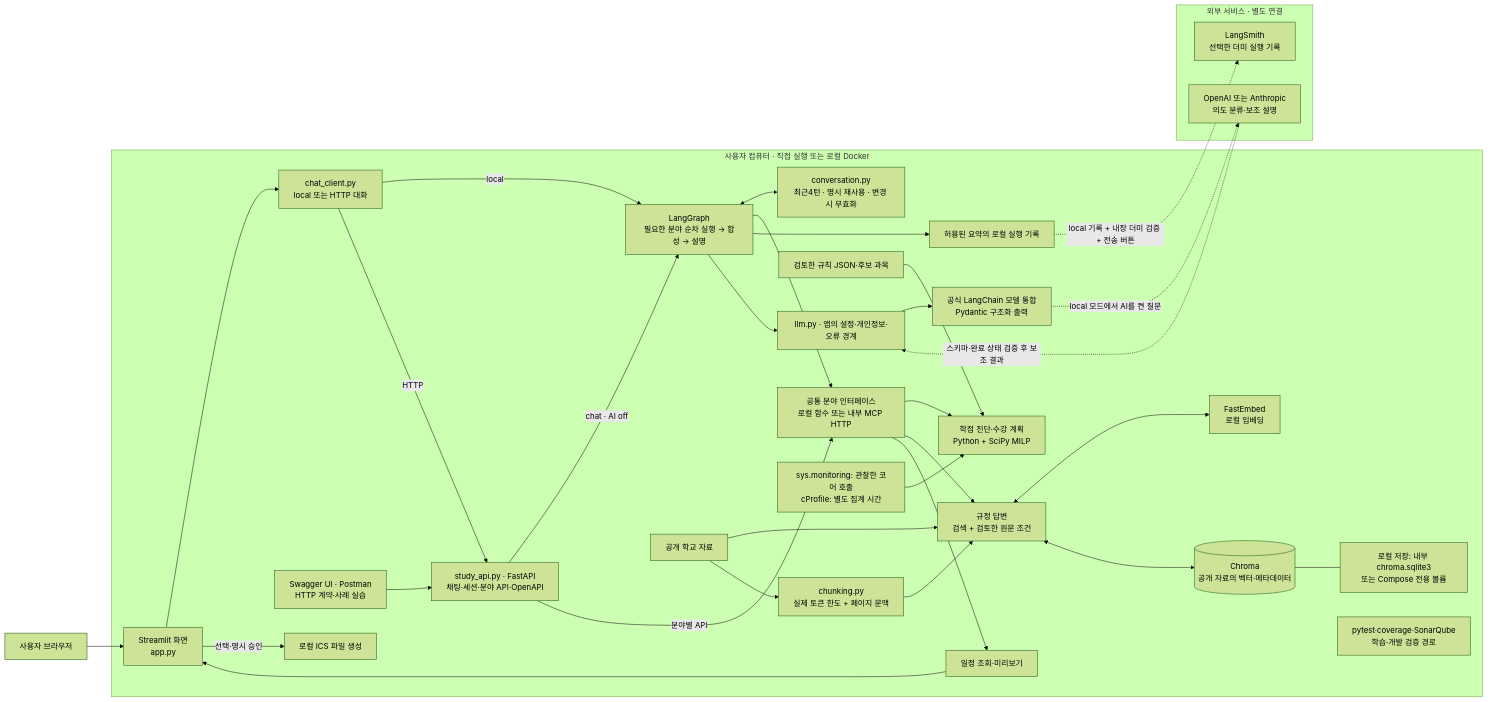
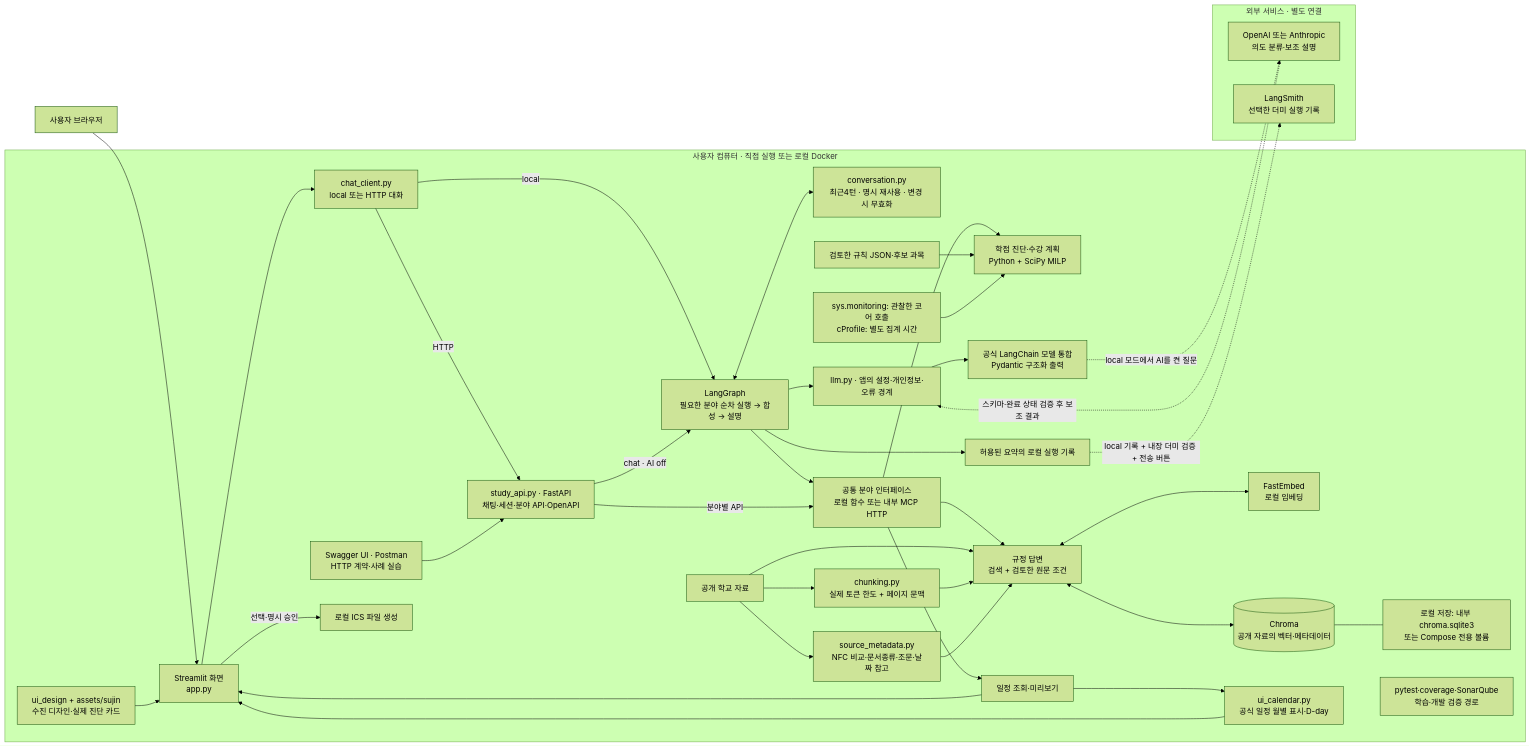
One commit to on21life-google/jolup-graduation-agent changed the first of 4 diagrams in docs/아키텍처_의사결정.md. Above: the diagram before and after it, drawn with Mermaid (forest theme). The commit also changed other lines of this file and 50 other files, not shown here.

Commit message:
Integrate teammate UI, calendar, course interests and RAG metadata with final presentation

````diff
--- a/docs/아키텍처_의사결정.md
+++ b/docs/아키텍처_의사결정.md
@@ -13,37 +13,40 @@
 ```mermaid
 flowchart LR
     U["사용자 브라우저"] --> UI
     subgraph LOCAL["사용자 컴퓨터 · 직접 실행 또는 로컬 Docker"]
         UI["Streamlit 화면<br/>app.py"] --> CHAT["chat_client.py<br/>local 또는 HTTP 대화"]
         CHAT -->|local| G["LangGraph<br/>필요한 분야 순차 실행 → 합성 → 설명"]
         CHAT -->|HTTP| API
         G <--> MEM["conversation.py<br/>최근4턴 · 명시 재사용 · 변경 시 무효화"]
         G --> CALL["공통 분야 인터페이스<br/>로컬 함수 또는 내부 MCP HTTP"]
         CLIENT["Swagger UI · Postman<br/>HTTP 계약·사례 실습"] --> API["study_api.py · FastAPI<br/>채팅·세션·분야 API·OpenAPI"]
         API -->|chat · AI off| G
         API -->|분야별 API| CALL
         CALL --> CALC["학점 진단·수강 계획<br/>Python + SciPy MILP"]
         CALL --> RAG["규정 답변<br/>검색 + 검토한 원문 조건"]
         CALL --> CAL["일정 조회·미리보기"]
         SRC["공개 학교 자료"] --> RAG
         RULE["검토한 규칙 JSON·후보 과목"] --> CALC
         RAG <--> EMB["FastEmbed<br/>로컬 임베딩"]
         RAG <--> DB[("Chroma<br/>공개 자료의 벡터·메타데이터")]
         DB --- STORE["로컬 저장: 내부 chroma.sqlite3<br/>또는 Compose 전용 볼륨"]
         SRC --> CHUNK["chunking.py<br/>실제 토큰 한도 + 페이지 문맥"] --> RAG
+        SRC --> META["source_metadata.py<br/>NFC 비교·문서종류·조문·날짜 참고"] --> RAG
+        DESIGN["ui_design + assets/sujin<br/>수진 디자인·실제 진단 카드"] --> UI
+        CAL --> MONTH["ui_calendar.py<br/>공식 일정 월별 표시·D-day"] --> UI
         G --> REC["허용된 요약의 로컬 실행 기록"]
         G --> ADAPTER["llm.py · 앱의 설정·개인정보·오류 경계"]
         ADAPTER --> LC["공식 LangChain 모델 통합<br/>Pydantic 구조화 출력"]
         UI -->|선택·명시 승인| ICS["로컬 ICS 파일 생성"]
         CAL --> UI
         QUALITY["pytest·coverage·SonarQube<br/>학습·개발 검증 경로"]
         PROFILE["sys.monitoring: 관찰한 코어 호출<br/>cProfile: 별도 집계 시간"] --> CALC
     end
     subgraph EXT["외부 서비스 · 별도 연결"]
         MODEL["OpenAI 또는 Anthropic<br/>의도 분류·보조 설명"]
         SMITH["LangSmith<br/>선택한 더미 실행 기록"]
     end
     LC -. local 모드에서 AI를 켠 질문 .-> MODEL
     REC -. local 기록 + 내장 더미 검증 + 전송 버튼 .-> SMITH
     MODEL -. 스키마·완료 상태 검증 후 보조 결과 .-> ADAPTER
 ```
````
